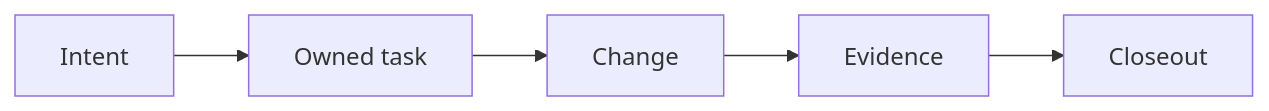
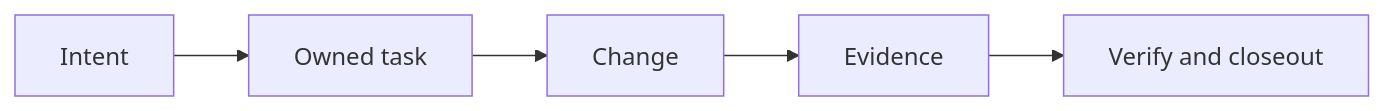
One commit to laikrodiz/lean-sdlc changed the diagram in README.md. Above: the diagram before and after it, drawn with Mermaid. The commit also changed other lines of this file and 9 other files, not shown here.

````diff
--- a/README.md
+++ b/README.md
@@ -39,7 +39,7 @@
 ```mermaid
 flowchart LR
     A[Intent] --> B[Owned task]
     B --> C[Change]
     C --> D[Evidence]
-    D --> E[Closeout]
+    D --> E[Verify and closeout]
 ```
````
